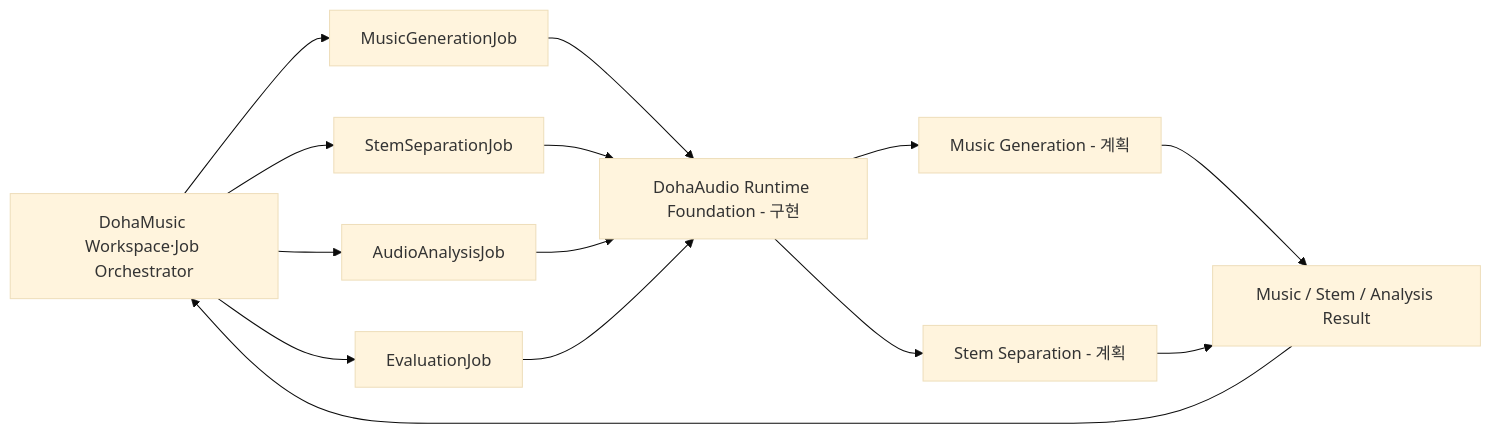
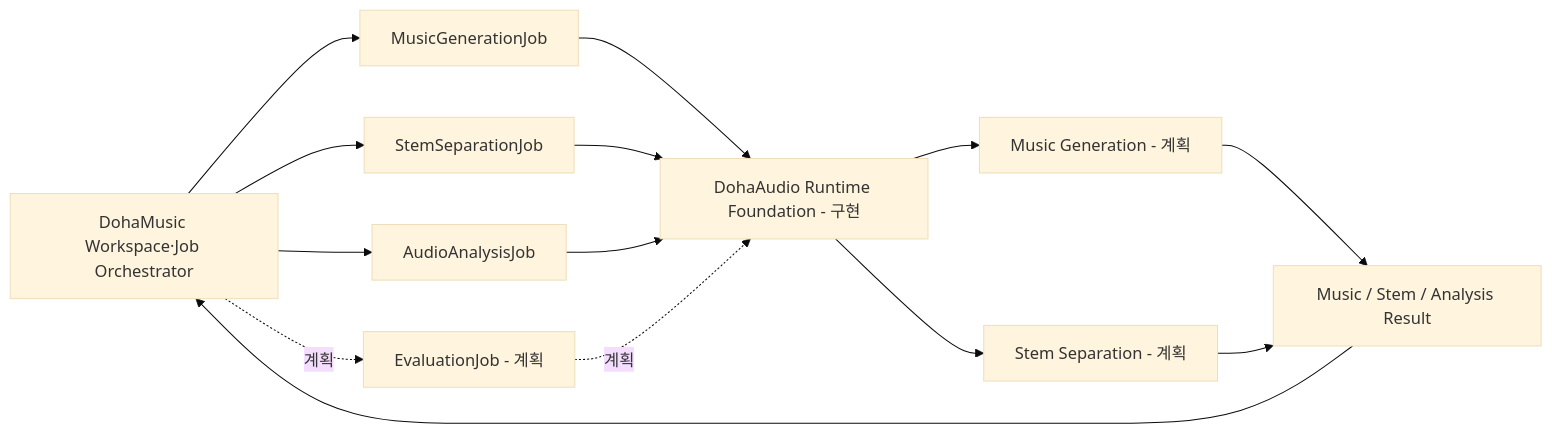
Before and after one commit to DohaStudio/DohaAudio: the diagram in README.md, drawn with Mermaid (base theme). The commit also changed other lines of this file and 6 other files, not shown here.

````diff
--- a/README.md
+++ b/README.md
@@ -42,19 +42,20 @@
 ```mermaid
 flowchart LR
     DM[DohaMusic Workspace·Job Orchestrator]
     MGJ[MusicGenerationJob]
     SSJ[StemSeparationJob]
     AAJ[AudioAnalysisJob]
-    EVJ[EvaluationJob]
+    EVJ[EvaluationJob - 계획]
     RT[DohaAudio Runtime Foundation - 구현]
     MG[Music Generation - 계획]
     SS[Stem Separation - 계획]
     ASSET[Music / Stem / Analysis Result]
 
     DM --> MGJ --> RT
     DM --> SSJ --> RT
     DM --> AAJ --> RT
-    DM --> EVJ --> RT
+    DM -. 계획 .-> EVJ
+    EVJ -. 계획 .-> RT
     RT --> MG --> ASSET --> DM
     RT --> SS --> ASSET
 ```
````
